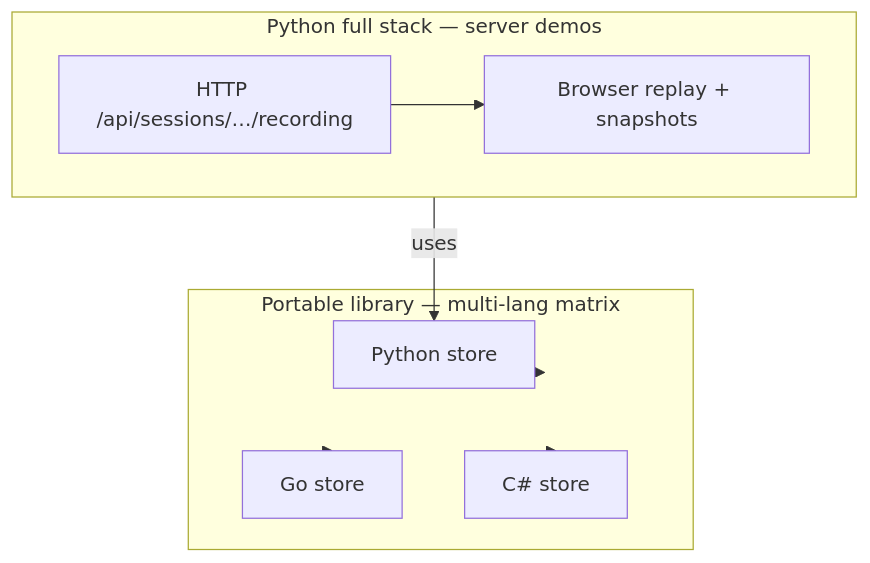
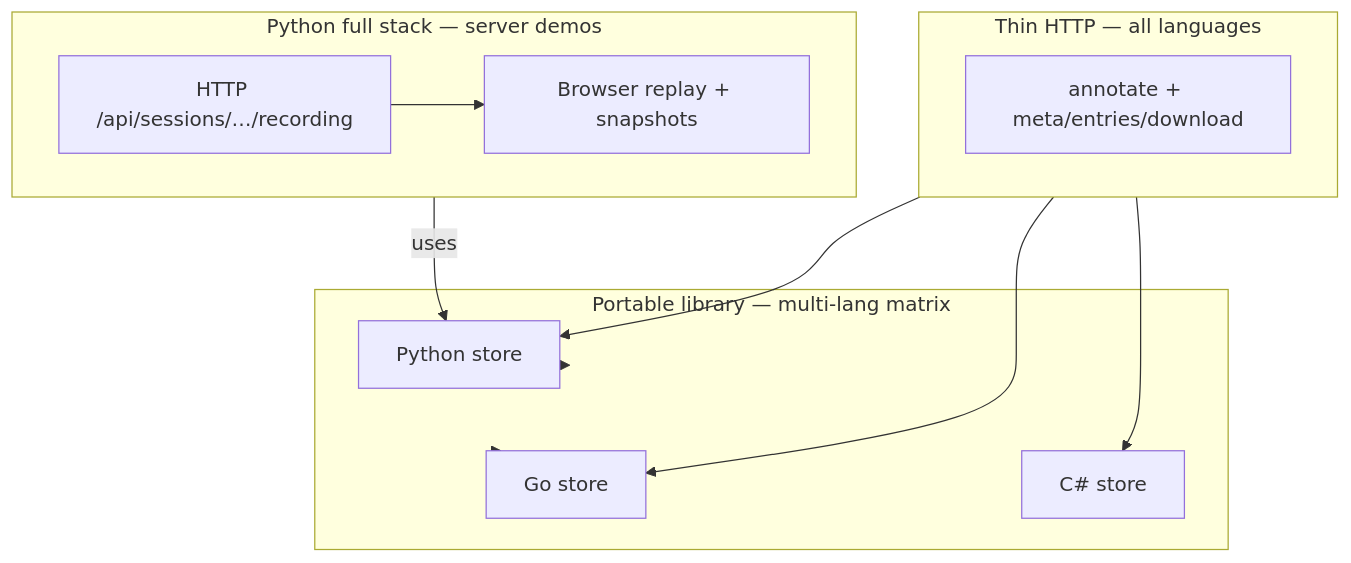
One commit to provide-io/provide-uterm changed the fourth of 4 diagrams in docs/operations/recording-store-parity.md. Above: the diagram before and after it, drawn with Mermaid. The commit also changed other lines of this file and 9 other files, not shown here.

First line of the commit message:
feat(server): thin recording HTTP surface on C# + Go/C# demos

````diff
--- a/docs/operations/recording-store-parity.md
+++ b/docs/operations/recording-store-parity.md
@@ -185,19 +215,26 @@
 ```mermaid
 flowchart TB
   subgraph full [Python full stack — server demos]
     API[HTTP /api/sessions/…/recording]
     UI[Browser replay + snapshots]
     API --> UI
+  end
+
+  subgraph thin [Thin HTTP — all languages]
+    HAPI[annotate + meta/entries/download]
   end
 
   subgraph lib [Portable library — multi-lang matrix]
     PY[Python store]
     GO[Go store]
     CS[C# store]
   end
 
   full -->|uses| PY
+  thin --> PY
+  thin --> GO
+  thin --> CS
   lib --> PY
   lib --> GO
   lib --> CS
 ```
````
